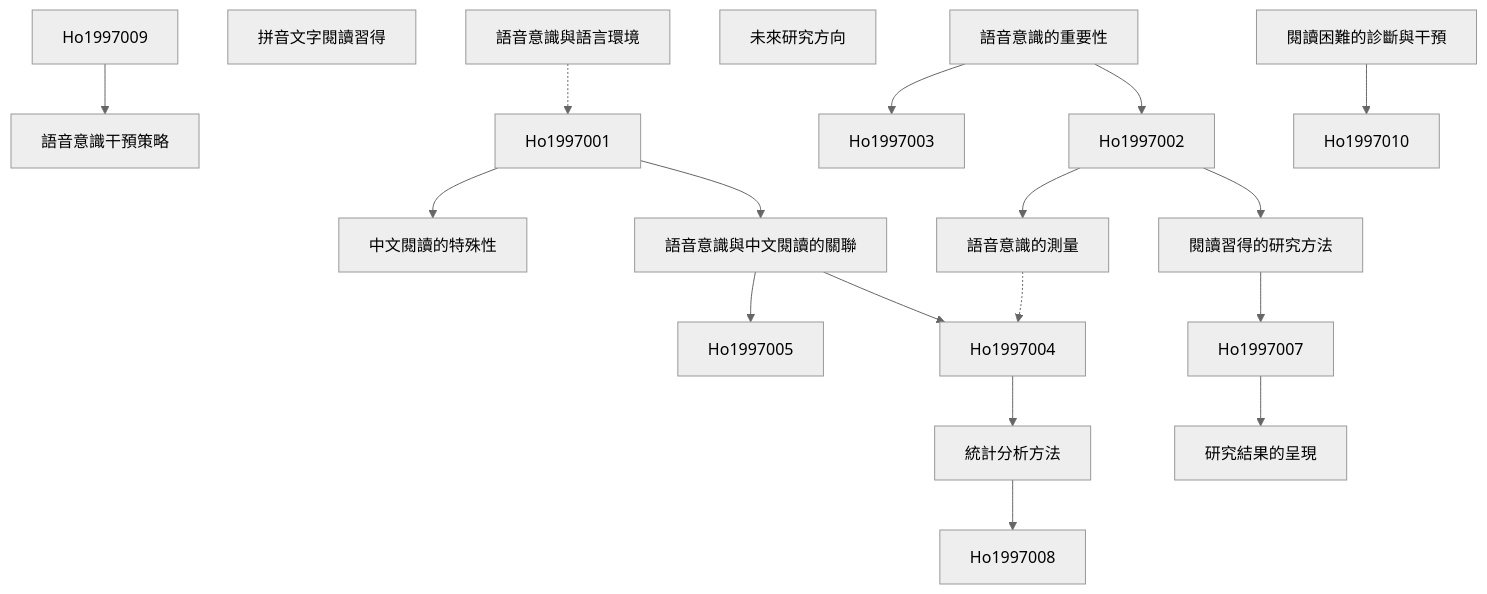
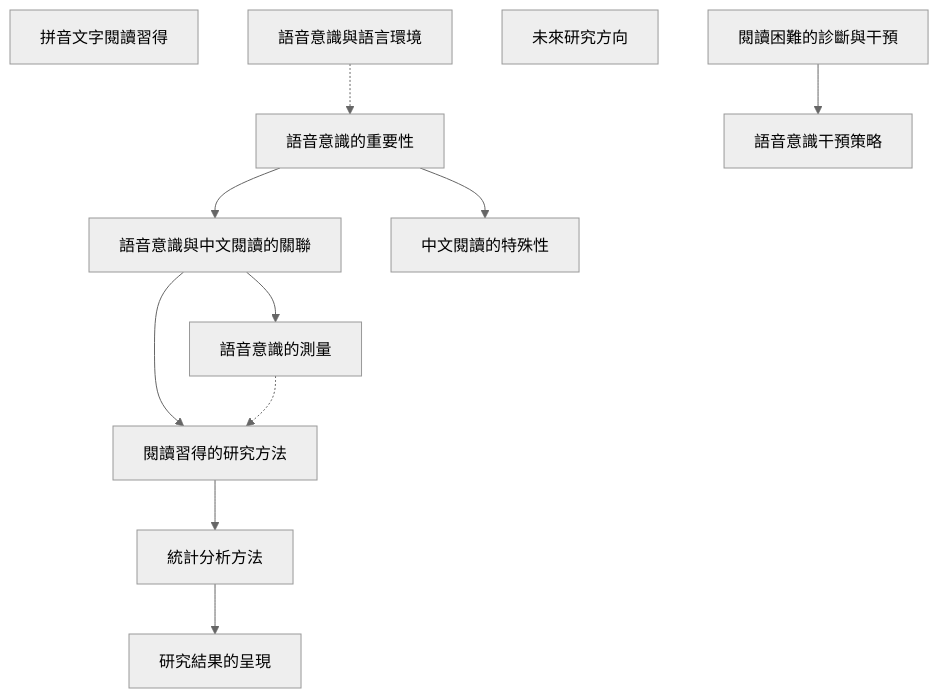
The diagram in output/zettelkasten_notes/zettel_Ho-1997_20251104/zettel_index.md (SCgeeker/Claude_Journal_Club_Agents), drawn with Mermaid (neutral theme) before and after one commit. The commit also changed 776 other files, not shown here.

````diff
--- a/output/zettelkasten_notes/zettel_Ho-1997_20251104/zettel_index.md
+++ b/output/zettelkasten_notes/zettel_Ho-1997_20251104/zettel_index.md
@@ -92,60 +92,51 @@
 ```mermaid
 graph TD
 
     Ho-1997-001["語音意識的重要性"]
 
     Ho-1997-002["語音意識與中文閱讀的關聯"]
 
     Ho-1997-003["中文閱讀的特殊性"]
 
     Ho-1997-004["閱讀習得的研究方法"]
 
     Ho-1997-005["語音意識的測量"]
 
     Ho-1997-006["拼音文字閱讀習得"]
 
     Ho-1997-007["統計分析方法"]
 
     Ho-1997-008["研究結果的呈現"]
 
     Ho-1997-009["閱讀困難的診斷與干預"]
 
     Ho-1997-010["語音意識干預策略"]
 
     Ho-1997-011["未來研究方向"]
 
     Ho-1997-012["語音意識與語言環境"]
 
-    Ho-1997-001 --> Ho1997002
+    Ho-1997-001 --> Ho-1997-002
 
-    Ho-1997-001 --> Ho1997003
+    Ho-1997-001 --> Ho-1997-003
 
-    Ho1997001 --> Ho-1997-002
 
-    Ho-1997-002 --> Ho1997004
+    Ho-1997-002 --> Ho-1997-004
 
-    Ho-1997-002 --> Ho1997005
+    Ho-1997-002 --> Ho-1997-005
 
-    Ho1997001 --> Ho-1997-003
+    Ho-1997-004 --> Ho-1997-007
 
-    Ho1997002 --> Ho-1997-004
 
-    Ho-1997-004 --> Ho1997007
+    Ho-1997-005 -.-> Ho-1997-004
 
-    Ho1997002 --> Ho-1997-005
 
-    Ho-1997-005 -.-> Ho1997004
+    Ho-1997-007 --> Ho-1997-008
 
-    Ho1997004 --> Ho-1997-007
 
-    Ho-1997-007 --> Ho1997008
+    Ho-1997-009 --> Ho-1997-010
 
-    Ho1997007 --> Ho-1997-008
 
-    Ho-1997-009 --> Ho1997010
-
-    Ho1997009 --> Ho-1997-010
-
-    Ho-1997-012 -.-> Ho1997001
+    Ho-1997-012 -.-> Ho-1997-001
 
 ```
````
